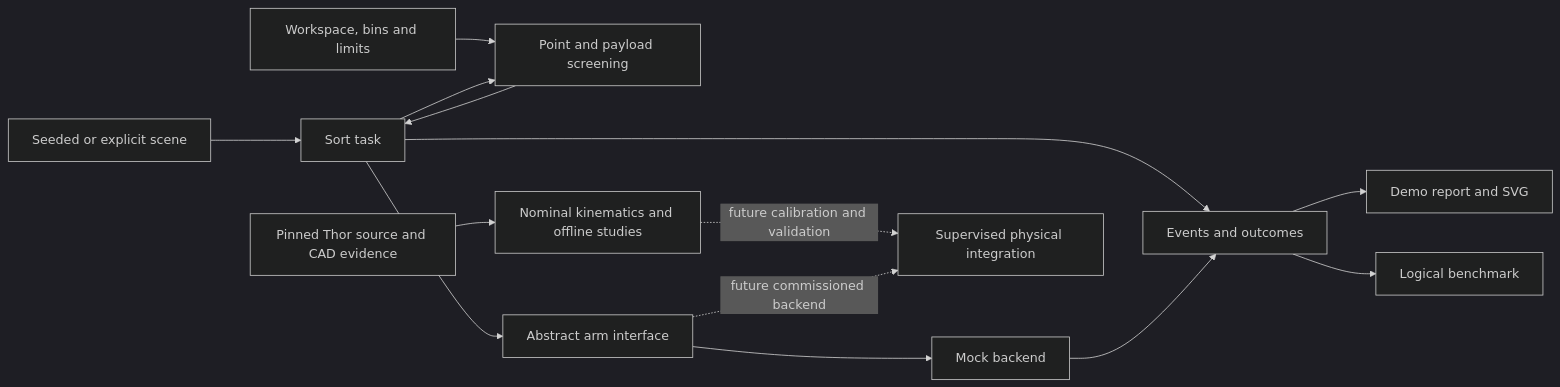
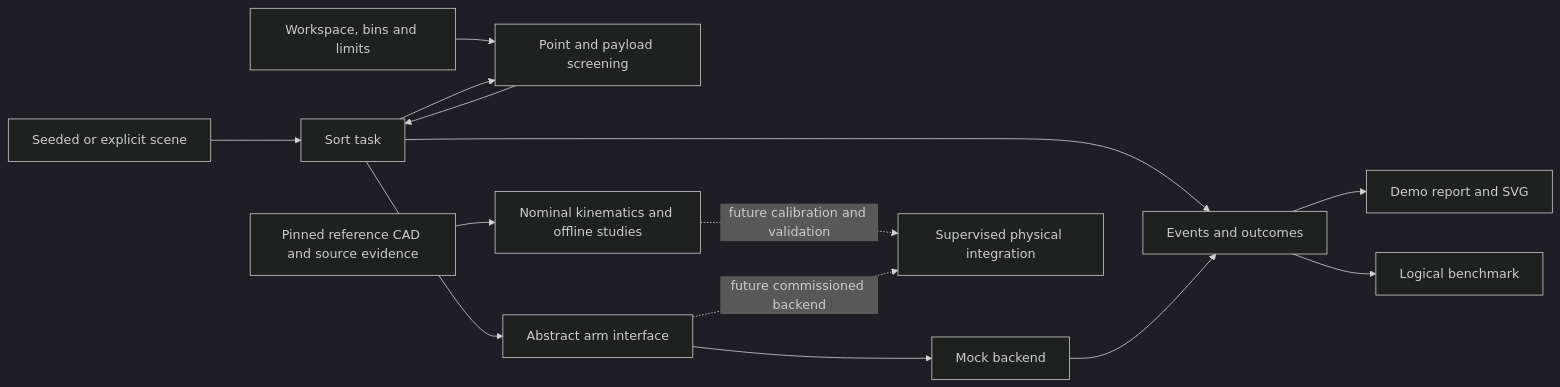
One commit to LiamHoweth/RAFTEL changed the diagram in README.md. Above: the diagram before and after it, drawn with Mermaid (dark theme). The commit also changed other lines of this file and 2 other files, not shown here.

Commit message:
Show RAFTEL mount-fit CAD and BenchSort in the README

````diff
--- a/README.md
+++ b/README.md
@@ -53,17 +67,17 @@
 ```mermaid
 flowchart LR
     Scene["Seeded or explicit scene"] --> Task["Sort task"]
     Config["Workspace, bins and limits"] --> Plan["Point and payload screening"]
     Task --> Plan
     Plan --> Task
     Task --> Control["Abstract arm interface"]
     Control --> Mock["Mock backend"]
     Task --> Results["Events and outcomes"]
     Mock --> Results
     Results --> Demo["Demo report and SVG"]
     Results --> Eval["Logical benchmark"]
 
-    Thor["Pinned Thor source and CAD evidence"] --> Study["Nominal kinematics and offline studies"]
+    CAD["Pinned reference CAD and source evidence"] --> Study["Nominal kinematics and offline studies"]
     Study -. "future calibration and validation" .-> Physical["Supervised physical integration"]
     Control -. "future commissioned backend" .-> Physical
 ```
````
